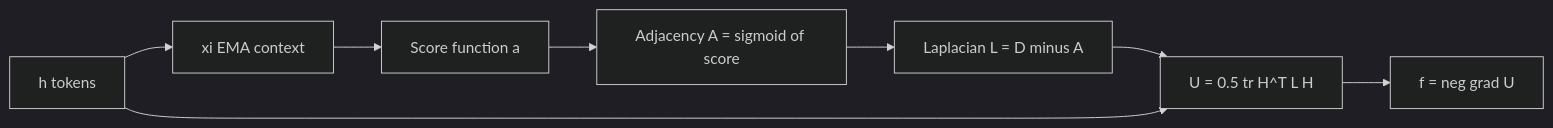
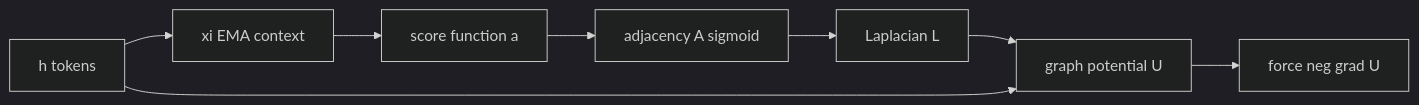
Before and after one commit to dimitarpg13/semsimula-paper: the third of 5 diagrams in companion_notes/Context_Mixing_Mechanisms_in_the_Conservative_Framework.md, drawn with Mermaid (dark theme). The commit also changed other lines of this file, not shown here.

````diff
--- a/companion_notes/Context_Mixing_Mechanisms_in_the_Conservative_Framework.md
+++ b/companion_notes/Context_Mixing_Mechanisms_in_the_Conservative_Framework.md
@@ -744,18 +744,18 @@
 ```mermaid
 flowchart LR
     H["h tokens"]
     XI["xi EMA context"]
-    SCORE["Score function a"]
-    ADJ["Adjacency A = sigmoid of score"]
-    LAP["Laplacian L = D minus A"]
-    POT["U = 0.5 tr H^T L H"]
-    FRC["f = neg grad U"]
+    SCORE["score function a"]
+    ADJ["adjacency A sigmoid"]
+    LAP["Laplacian L"]
+    POT["graph potential U"]
+    FRC["force neg grad U"]
 
     H --> XI
     XI --> SCORE
     SCORE --> ADJ
     ADJ --> LAP
     LAP --> POT
     H --> POT
     POT --> FRC
 ```
````
